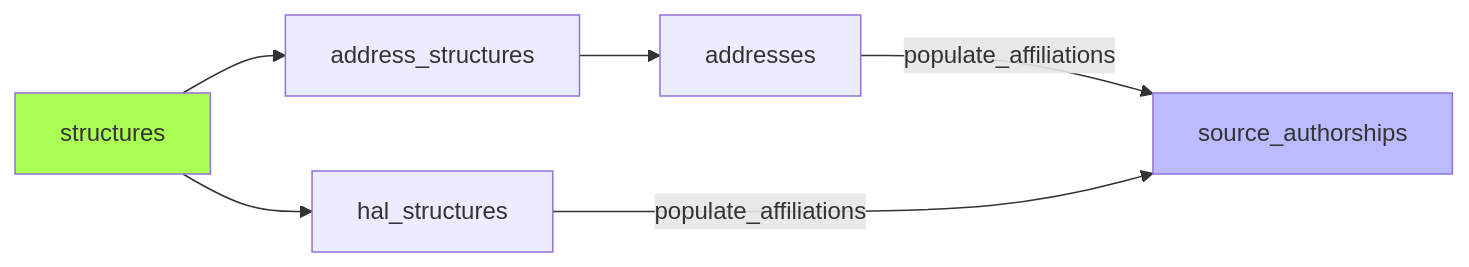
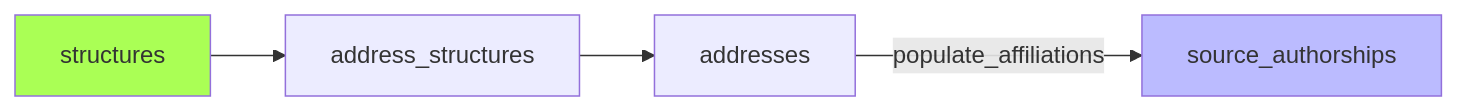
Before and after one commit to Y33sha/bibliometrie-uca: the fourth of 11 diagrams in docs/pipeline.md, drawn with Mermaid. The commit also changed other lines of this file and 6 other files, not shown here.

````diff
--- a/docs/pipeline.md
+++ b/docs/pipeline.md
@@ -153,11 +112,10 @@
 ```mermaid
 flowchart LR
     A[structures]-->B[address_structures]
     B-->C
     C[addresses]-->|populate_affiliations|D[source_authorships]
-    A-->F[hal_structures]--->|populate_affiliations|D
     classDef new  fill:#bbf
     classDef valid  fill:#af5
     class D new;
     class A valid;
 ```
````
